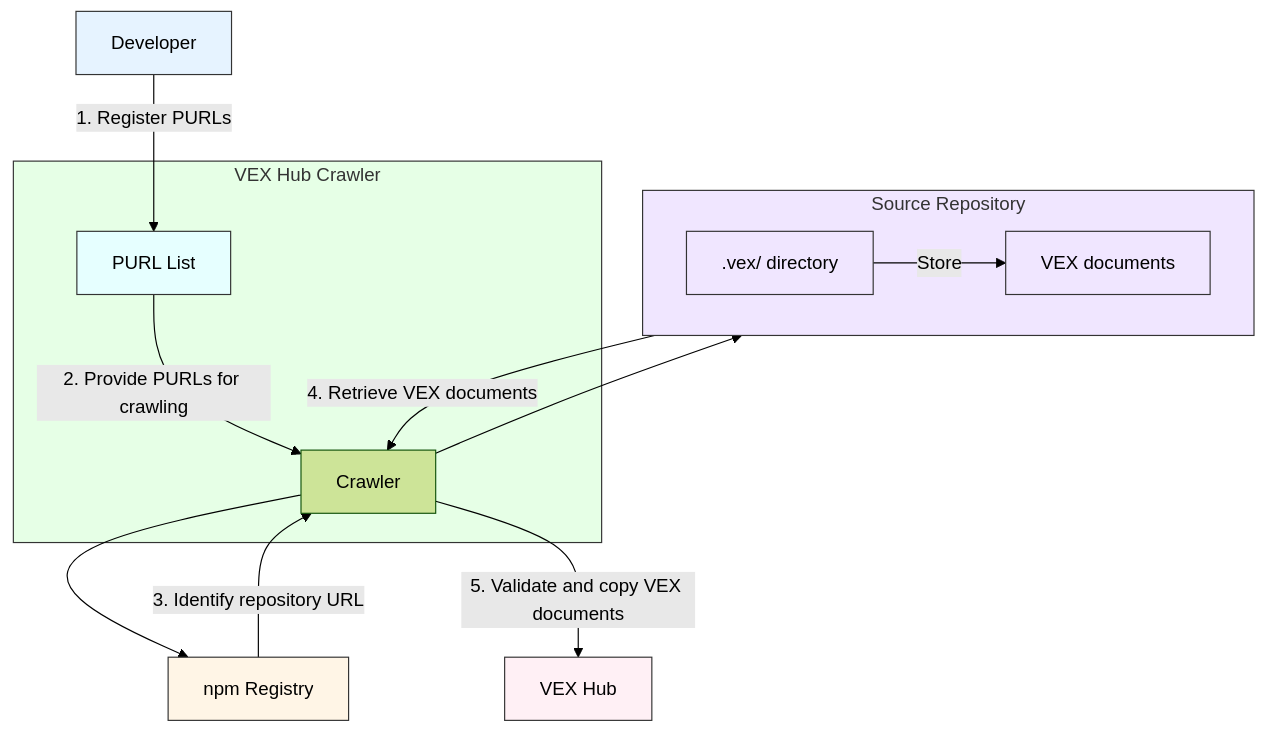
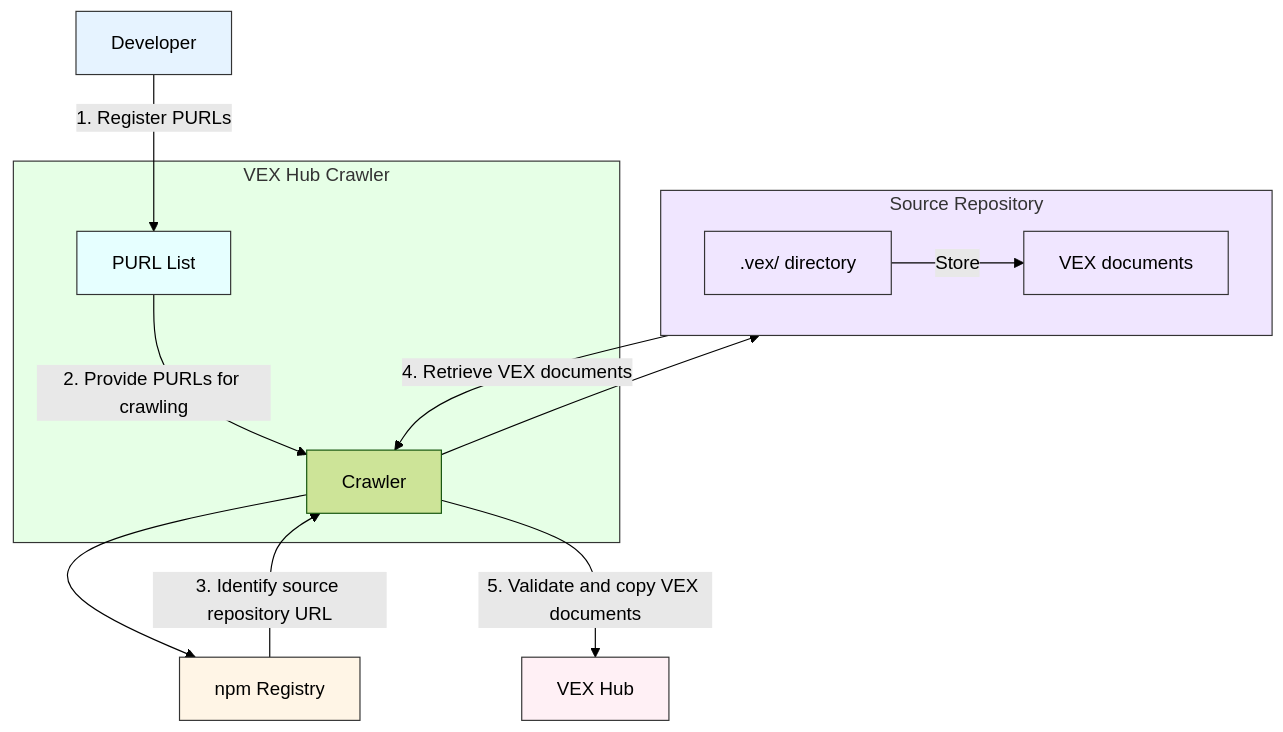
One commit to aquasecurity/vexhub-crawler changed the diagram in README.md. Above: the diagram before and after it, drawn with Mermaid (forest theme). The commit also changed other lines of this file, not shown here.

````diff
--- a/README.md
+++ b/README.md
@@ -12,33 +12,33 @@
 ```mermaid
 flowchart TD
     Dev[Developer] -->|1. Register PURLs| PL
     PL[PURL List] -->|2. Provide PURLs for crawling| Crawler
     Crawler --> Registry[npm Registry]
-    Registry -->|3. Identify repository URL| Crawler
+    Registry -->|3. Identify source repository URL| Crawler
     Crawler --> Src
     Src -->|4. Retrieve VEX documents| Crawler
     Crawler -->|5. Validate and copy VEX documents| Hub[VEX Hub]
 
     subgraph Src [Source Repository]
         Dir[.vex/ directory] -->|Store| Doc[VEX documents]
     end
 
     subgraph crawler [VEX Hub Crawler]
         Crawler
         PL
     end
 
     classDef dev fill:#e6f3ff,stroke:#333,stroke-width:1px;
     classDef vexHub fill:#fff0f5,stroke:#333,stroke-width:1px;
     classDef crawler fill:#e6ffe6,stroke:#333,stroke-width:1px;
     classDef npmReg fill:#fff5e6,stroke:#333,stroke-width:1px;
     classDef sourceRepo fill:#f0e6ff,stroke:#333,stroke-width:1px;
     classDef purlList fill:#e6ffff,stroke:#333,stroke-width:1px;
 
     class Dev dev;
     class Hub vexHub;
     class crawler crawler;
     class Registry npmReg;
     class Src,Dir,Doc sourceRepo;
     class PL purlList;
 ```
````
